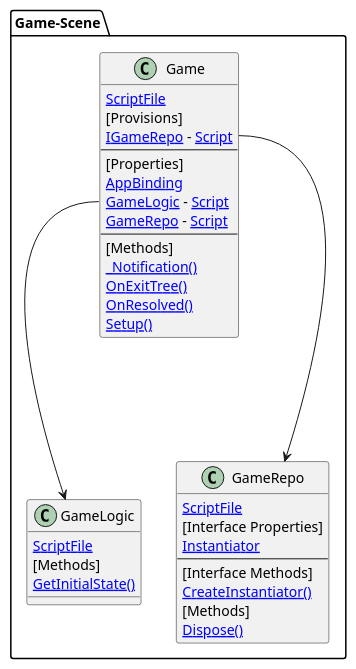
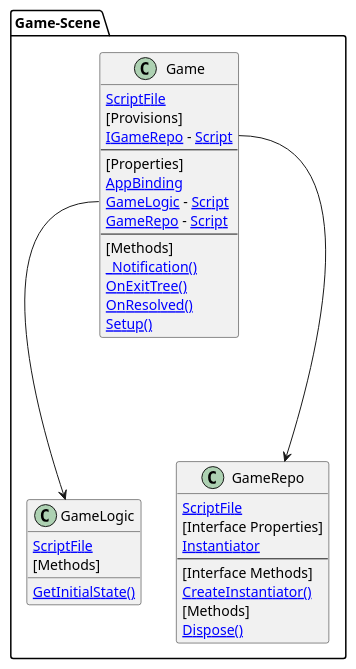
One commit to chickensoft-games/UMLGenerator changed the diagram in src/Chickensoft.UMLGenerator.Tests/Snapshots/BaseProject_Rider_Game.verified.puml. Above: the diagram before and after it, drawn with PlantUML. The commit also changed 20 other files, not shown here.

```diff
--- a/src/Chickensoft.UMLGenerator.Tests/Snapshots/BaseProject_Rider_Game.verified.puml
+++ b/src/Chickensoft.UMLGenerator.Tests/Snapshots/BaseProject_Rider_Game.verified.puml
@@ -1,39 +1,39 @@
 @startuml
 
-package Game-Scene [[../../TestCases/BaseProject_Rider/Game.tscn]] {
+package Game-Scene [[/Game.tscn]] {
     class Game  {
-        [[../../Game/Game.cs ScriptFile]]
+        [[/Game.cs ScriptFile]]
         [Provisions]
-        [[../../Game/Game.cs:15 IGameRepo]] - [[../../TestCases/BaseProject_Rider/Domain/GameRepo.cs Script]]
+        [[/Game.cs:15 IGameRepo]] - [[/Domain/GameRepo.cs Script]]
         --
         [Properties]
-        [[../../Game/Game.cs:23 AppBinding]]
-        [[../../Game/Game.cs:22 GameLogic]] - [[../../TestCases/BaseProject_Rider/Logic/GameLogic.cs Script]]
-        [[../../Game/Game.cs:21 GameRepo]] - [[../../TestCases/BaseProject_Rider/Domain/GameRepo.cs Script]]
+        [[/Game.cs:23 AppBinding]]
+        [[/Game.cs:22 GameLogic]] - [[/Logic/GameLogic.cs Script]]
+        [[/Game.cs:21 GameRepo]] - [[/Domain/GameRepo.cs Script]]
         --
         [Methods]
-        [[../../Game/Game.cs:29 _Notification()]]
-        [[../../Game/Game.cs:47 OnExitTree()]]
-        [[../../Game/Game.cs:40 OnResolved()]]
-        [[../../Game/Game.cs:31 Setup()]]
+        [[/Game.cs:29 _Notification()]]
+        [[/Game.cs:47 OnExitTree()]]
+        [[/Game.cs:40 OnResolved()]]
+        [[/Game.cs:31 Setup()]]
     }
     class GameLogic  {
-        [[../../TestCases/BaseProject_Rider/Logic/GameLogic.cs ScriptFile]]
+        [[/Logic/GameLogic.cs ScriptFile]]
         [Methods]
-        [[../../TestCases/BaseProject_Rider/Logic/GameLogic.cs:12 GetInitialState()]]
+        [[/Logic/GameLogic.cs:12 GetInitialState()]]
     }
     class GameRepo  {
-        [[../../TestCases/BaseProject_Rider/Domain/GameRepo.cs ScriptFile]]
+        [[/Domain/GameRepo.cs ScriptFile]]
         [Interface Properties]
-        [[../../TestCases/BaseProject_Rider/Domain/GameRepo.cs:15 Instantiator]]
+        [[/Domain/GameRepo.cs:15 Instantiator]]
         --
         [Interface Methods]
-        [[../../TestCases/BaseProject_Rider/Domain/GameRepo.cs:17 CreateInstantiator()]]
+        [[/Domain/GameRepo.cs:17 CreateInstantiator()]]
         [Methods]
-        [[../../TestCases/BaseProject_Rider/Domain/GameRepo.cs:24 Dispose()]]
+        [[/Domain/GameRepo.cs:24 Dispose()]]
     }
     Game::GameLogic ---> GameLogic
     Game::GameRepo ---> GameRepo
 }
 
 @enduml
```
